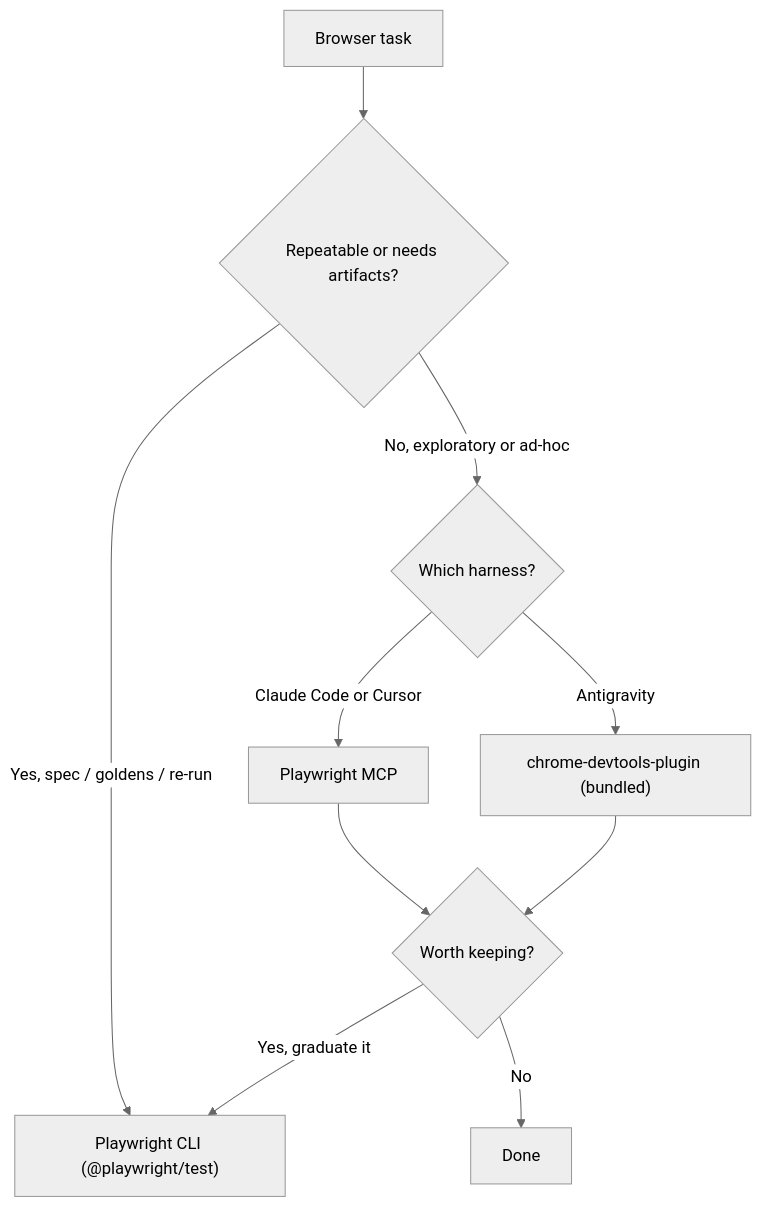
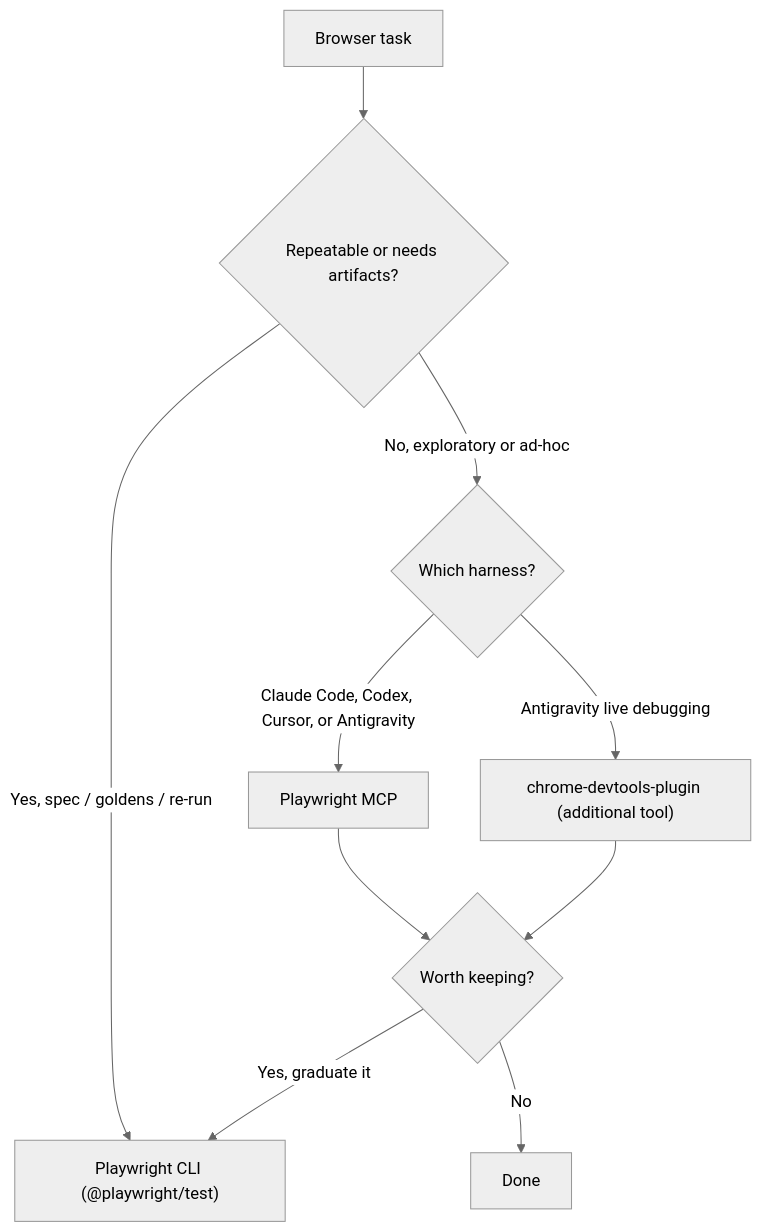
One commit to carlosboeing/agentic-toolkit changed the diagram in guides/guide-browser-automation-mcp-vs-cli.md. Above: the diagram before and after it, drawn with Mermaid (neutral theme). The commit also changed other lines of this file and 1 other file, not shown here.

Commit message:
fix(harness): align browser parity guidance

````diff
--- a/guides/guide-browser-automation-mcp-vs-cli.md
+++ b/guides/guide-browser-automation-mcp-vs-cli.md
@@ -135,12 +135,12 @@
 ```mermaid
 flowchart TD
     A["Browser task"] --> B{"Repeatable or needs artifacts?"}
     B -->|"Yes, spec / goldens / re-run"| D["Playwright CLI (@playwright/test)"]
     B -->|"No, exploratory or ad-hoc"| C{"Which harness?"}
-    C -->|"Claude Code or Cursor"| E["Playwright MCP"]
-    C -->|"Antigravity"| F["chrome-devtools-plugin (bundled)"]
+    C -->|"Claude Code, Codex, Cursor, or Antigravity"| E["Playwright MCP"]
+    C -->|"Antigravity live debugging"| F["chrome-devtools-plugin (additional tool)"]
     E --> G{"Worth keeping?"}
     F --> G
     G -->|"Yes, graduate it"| D
     G -->|"No"| H["Done"]
 ```
````
